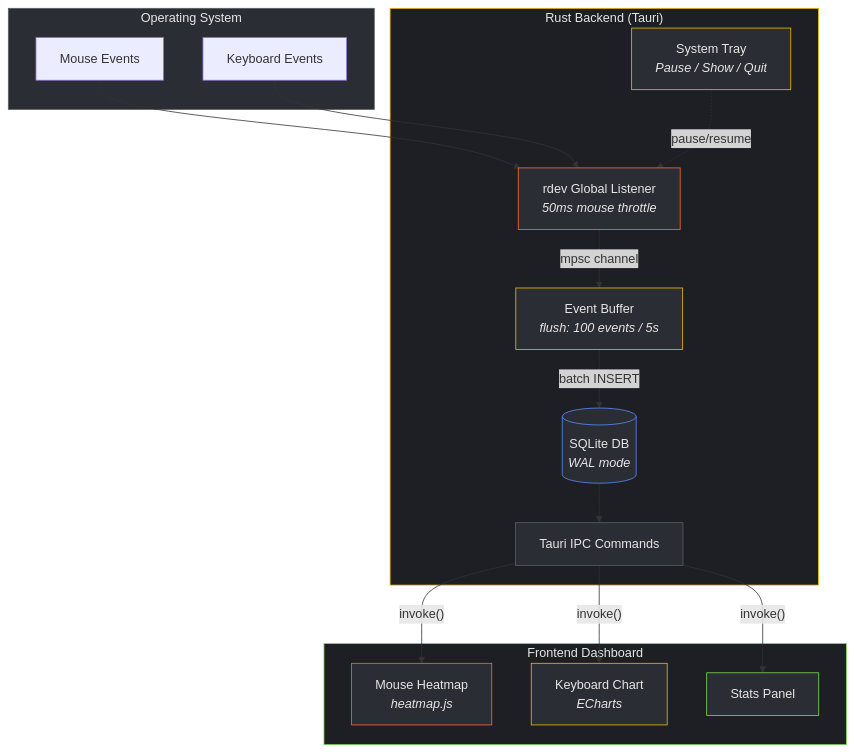
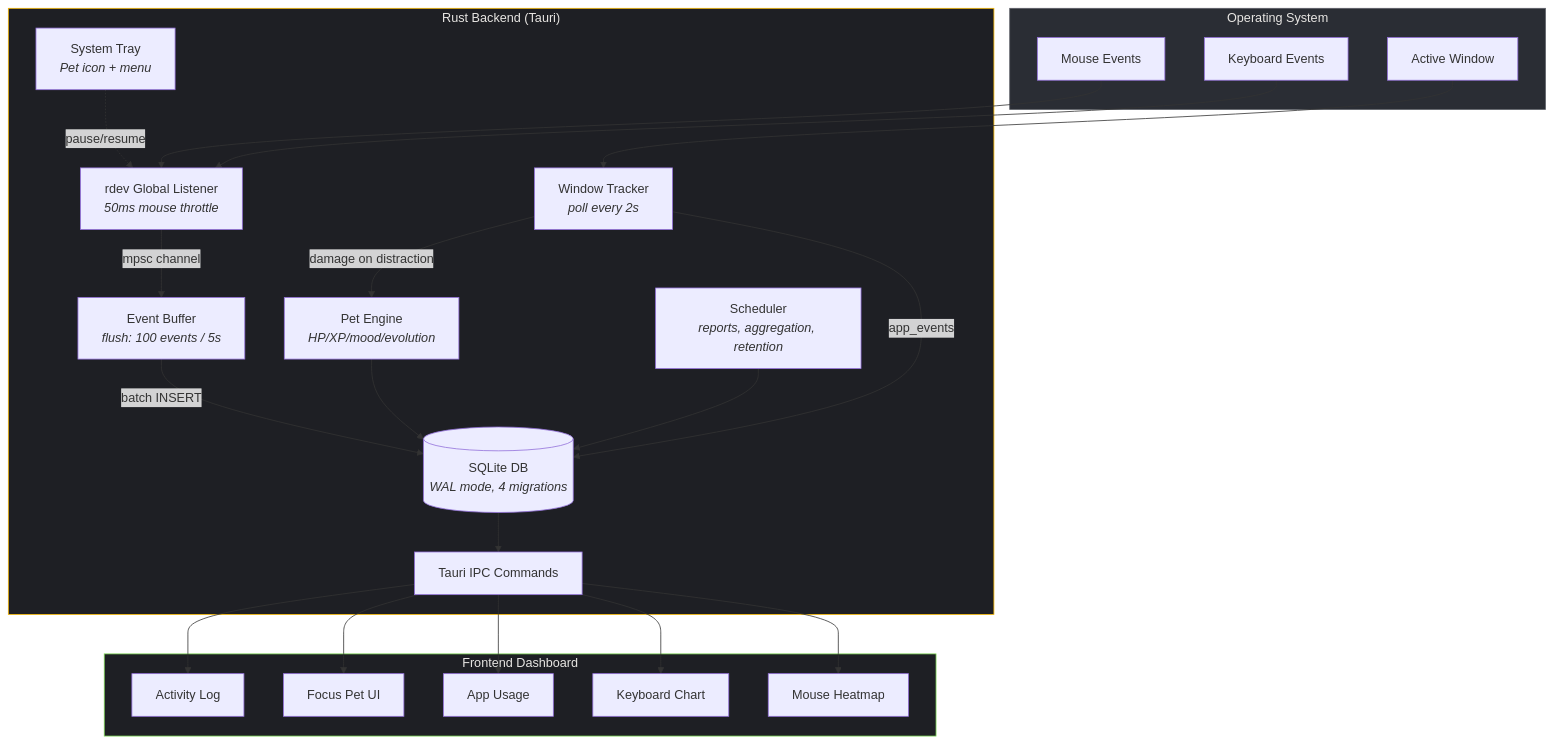
The diagram in README.md (whereissam/ClickGlow), drawn with Mermaid before and after one commit. The commit also changed other lines of this file and 5 other files, not shown here.

````diff
--- a/README.md
+++ b/README.md
@@ -27,43 +54,48 @@
 ```mermaid
 graph TD
     subgraph OS["Operating System"]
         MOUSE["Mouse Events"]
         KB["Keyboard Events"]
+        WIN["Active Window"]
     end
 
     subgraph RUST["Rust Backend (Tauri)"]
         RDEV["rdev Global Listener<br/><i>50ms mouse throttle</i>"]
         BUF["Event Buffer<br/><i>flush: 100 events / 5s</i>"]
-        DB[("SQLite DB<br/><i>WAL mode</i>")]
+        TRACK["Window Tracker<br/><i>poll every 2s</i>"]
+        PET["Pet Engine<br/><i>HP/XP/mood/evolution</i>"]
+        DB[("SQLite DB<br/><i>WAL mode, 4 migrations</i>")]
+        SCHED["Scheduler<br/><i>reports, aggregation, retention</i>"]
         IPC["Tauri IPC Commands"]
-        TRAY["System Tray<br/><i>Pause / Show / Quit</i>"]
+        TRAY["System Tray<br/><i>Pet icon + menu</i>"]
     end
 
     subgraph FRONTEND["Frontend Dashboard"]
-        HEAT["Mouse Heatmap<br/><i>heatmap.js</i>"]
-        KEYS["Keyboard Chart<br/><i>ECharts</i>"]
-        STATS["Stats Panel"]
+        HEAT["Mouse Heatmap"]
+        KEYS["Keyboard Chart"]
+        APPS["App Usage"]
+        PETUI["Focus Pet UI"]
+        LOG["Activity Log"]
     end
 
     MOUSE --> RDEV
     KB --> RDEV
+    WIN --> TRACK
     RDEV -->|"mpsc channel"| BUF
     BUF -->|"batch INSERT"| DB
+    TRACK -->|"app_events"| DB
+    TRACK -->|"damage on distraction"| PET
+    PET --> DB
+    SCHED --> DB
     DB --> IPC
-    IPC -->|"invoke()"| HEAT
-    IPC -->|"invoke()"| KEYS
-    IPC -->|"invoke()"| STATS
+    IPC --> HEAT
+    IPC --> KEYS
+    IPC --> APPS
+    IPC --> PETUI
+    IPC --> LOG
     TRAY -.->|"pause/resume"| RDEV
 
     style OS fill:#2A2D34,stroke:#5C5E66,color:#E8E6E3
     style RUST fill:#1E1F24,stroke:#F7B801,color:#E8E6E3
     style FRONTEND fill:#1E1F24,stroke:#7ED957,color:#E8E6E3
-    style RDEV fill:#2A2D34,stroke:#FF6B35,color:#E8E6E3
-    style BUF fill:#2A2D34,stroke:#F7B801,color:#E8E6E3
-    style DB fill:#2A2D34,stroke:#5B8CFF,color:#E8E6E3
-    style IPC fill:#2A2D34,stroke:#5C5E66,color:#E8E6E3
-    style TRAY fill:#2A2D34,stroke:#F7B801,color:#E8E6E3
-    style HEAT fill:#2A2D34,stroke:#FF6B35,color:#E8E6E3
-    style KEYS fill:#2A2D34,stroke:#F7B801,color:#E8E6E3
-    style STATS fill:#2A2D34,stroke:#7ED957,color:#E8E6E3
 ```
````
